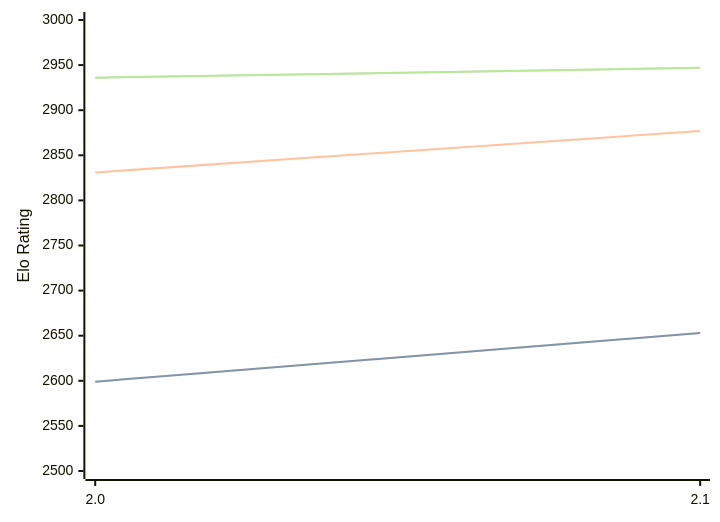
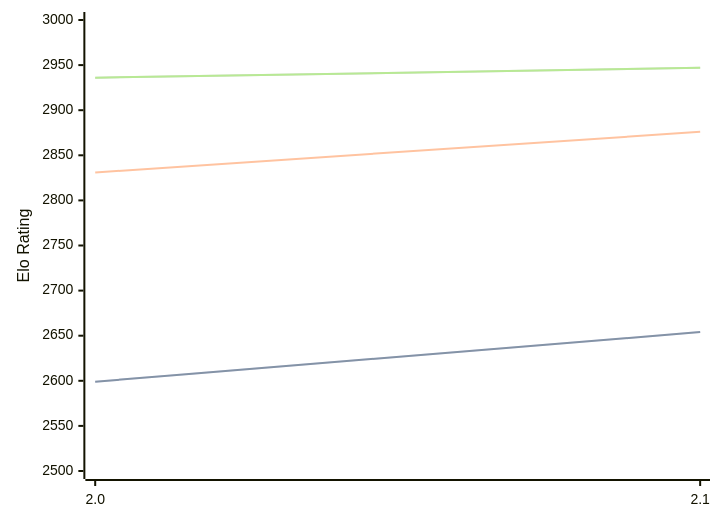
One commit to computer-chess-index/cci changed the diagram in engines/Noggin.md. Above: the diagram before and after it, drawn with Mermaid. The commit also changed other lines of this file, not shown here.

````diff
--- a/engines/Noggin.md
+++ b/engines/Noggin.md
@@ -33,11 +33,11 @@
 ```mermaid
 %%{init: {"theme":"base","themeVariables":{"seriesColors:['#a3a3a3','#222221','#faa371']}}}%%
 xychart-beta
   x-axis ["2.0", "2.1"]
   y-axis "Elo Rating" 2500 --> 3000
-  line "" [2599, 2653]
-  line "STC (8.0+0.08s)" [2599, 2653]
-  line "LTC (60.0+0.60s)" [2831, 2877]
+  line "" [2599, 2654]
+  line "STC (8.0+0.08s)" [2599, 2654]
+  line "LTC (60.0+0.60s)" [2831, 2876]
   line "" [2936, 2947]
   line "VLTC (2m24s+1.12s)" [2936, 2947]
 ```
````
